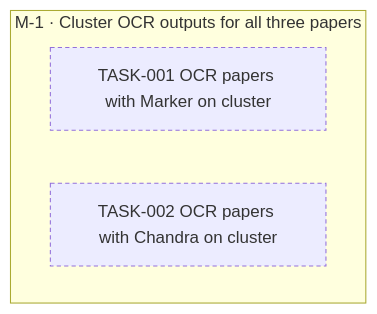
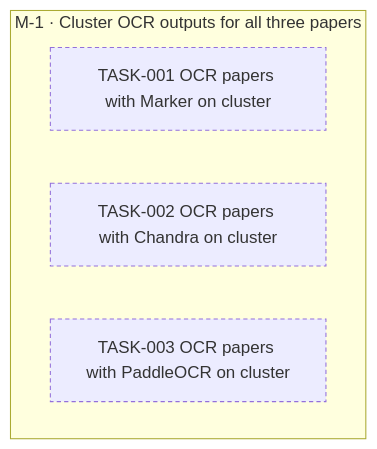
The diagram in goals/ocr-cluster/README.md (jesusvillota/replicate), drawn with Mermaid before and after one commit. The commit also changed 1 other file, not shown here.

Commit message:
goal(ocr-cluster): add TASK-003 OCR papers with PaddleOCR on cluster

````diff
--- a/goals/ocr-cluster/README.md
+++ b/goals/ocr-cluster/README.md
@@ -19,12 +19,14 @@
 ```mermaid
 flowchart TD
   subgraph M_1["M-1 · Cluster OCR outputs for all three papers"]
     TASK_001["TASK-001 OCR papers with Marker on cluster"]
     TASK_002["TASK-002 OCR papers with Chandra on cluster"]
+    TASK_003["TASK-003 OCR papers with PaddleOCR on cluster"]
   end
   classDef draft stroke-dasharray: 4 3
   classDef cancelled opacity:0.45
   classDef decision fill:#f3e8ff,stroke:#7c3aed
   class TASK_001 draft
   class TASK_002 draft
+  class TASK_003 draft
 ```
````
